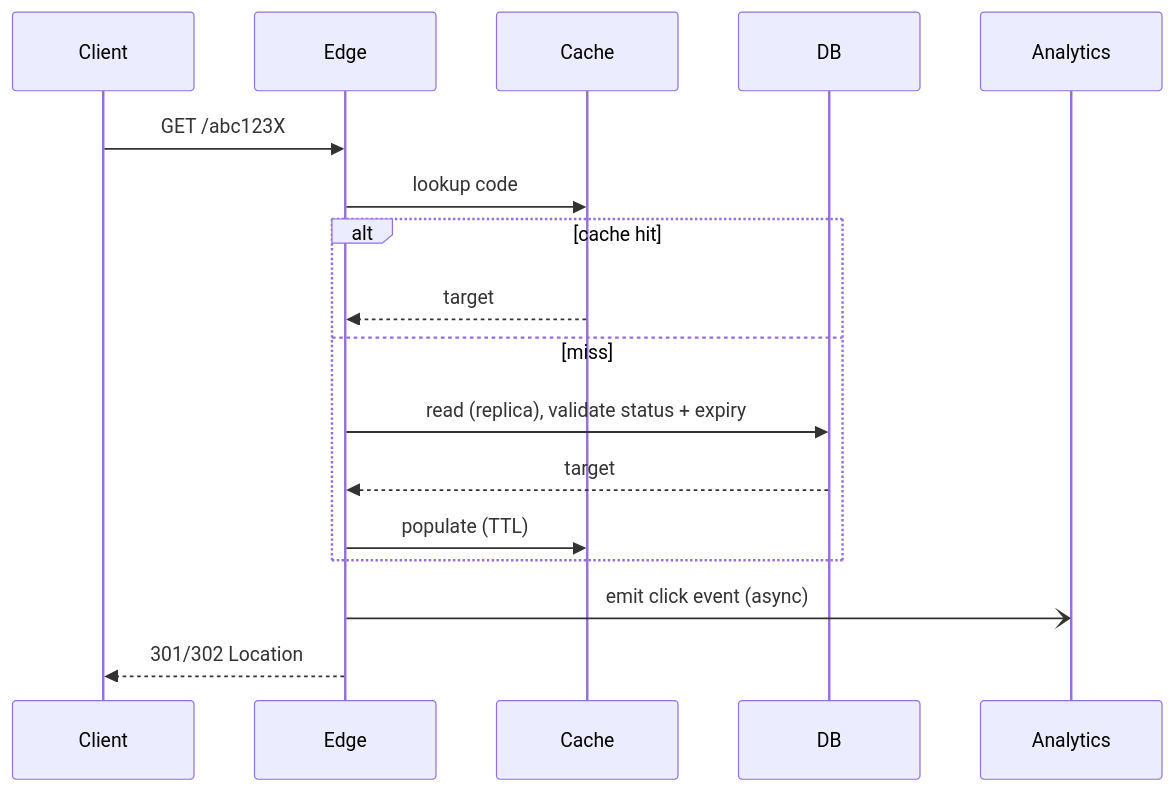
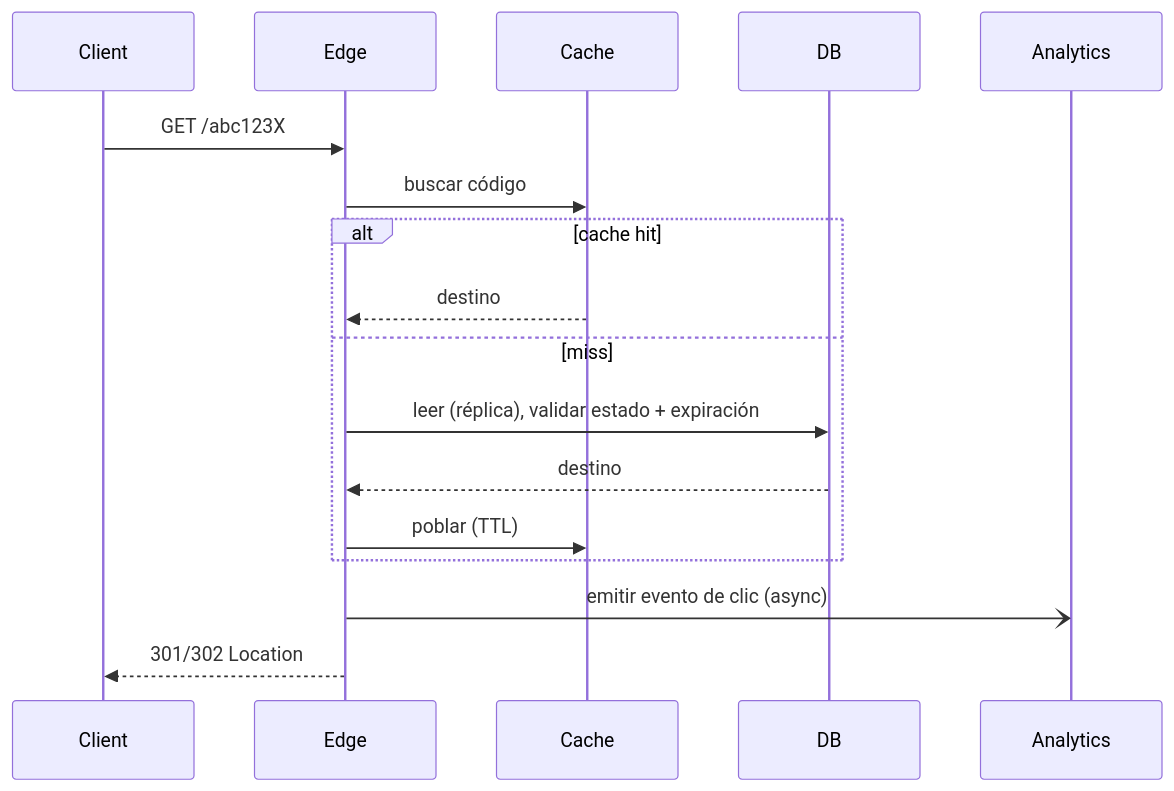
Before and after one commit to Pierry/harness-kit: the diagram in wiki-i18n/es/URL-Shortener.md, drawn with Mermaid. The commit also changed other lines of this file and 130 other files, not shown here.

````diff
--- a/wiki-i18n/es/URL-Shortener.md
+++ b/wiki-i18n/es/URL-Shortener.md
@@ -173,14 +102,14 @@
 ```mermaid
 sequenceDiagram
   Client->>Edge: GET /abc123X
-  Edge->>Cache: lookup code
+  Edge->>Cache: buscar código
   alt cache hit
-    Cache-->>Edge: target
+    Cache-->>Edge: destino
   else miss
-    Edge->>DB: read (replica), validate status + expiry
-    DB-->>Edge: target
-    Edge->>Cache: populate (TTL)
+    Edge->>DB: leer (réplica), validar estado + expiración
+    DB-->>Edge: destino
+    Edge->>Cache: poblar (TTL)
   end
-  Edge-)Analytics: emit click event (async)
+  Edge-)Analytics: emitir evento de clic (async)
   Edge-->>Client: 301/302 Location
 ```
````
